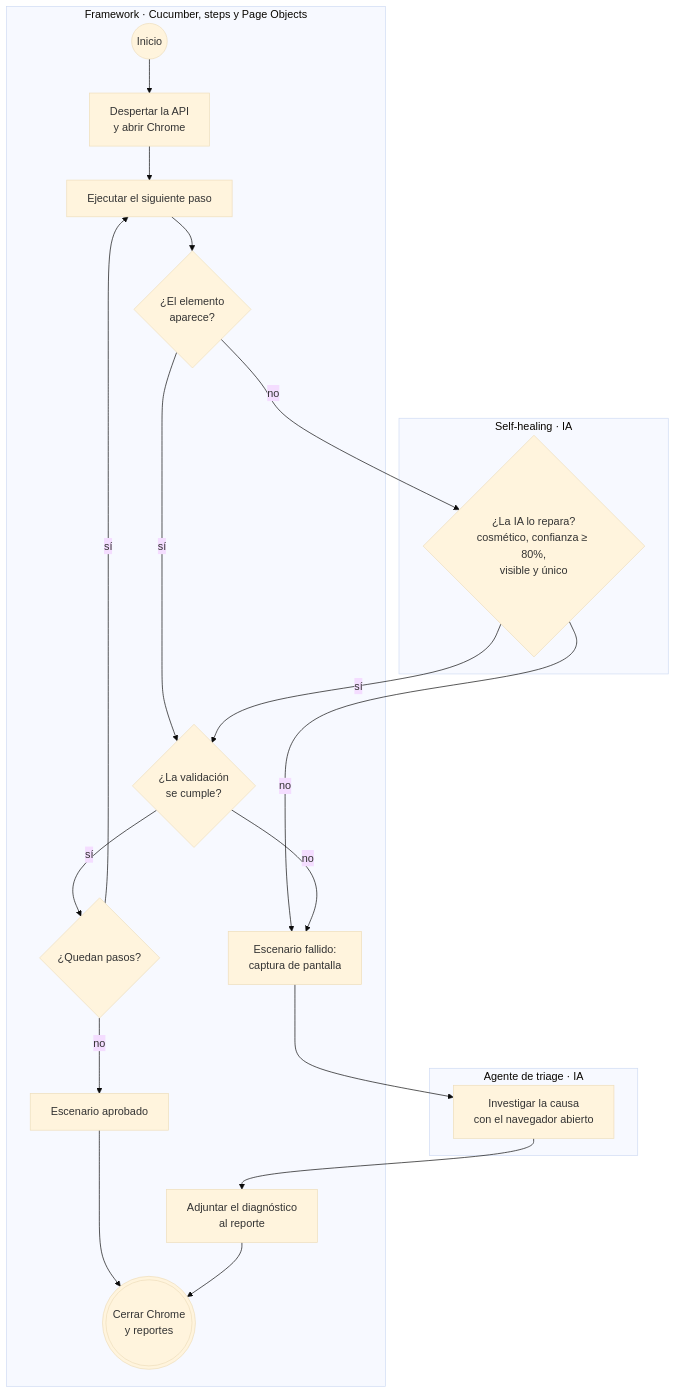
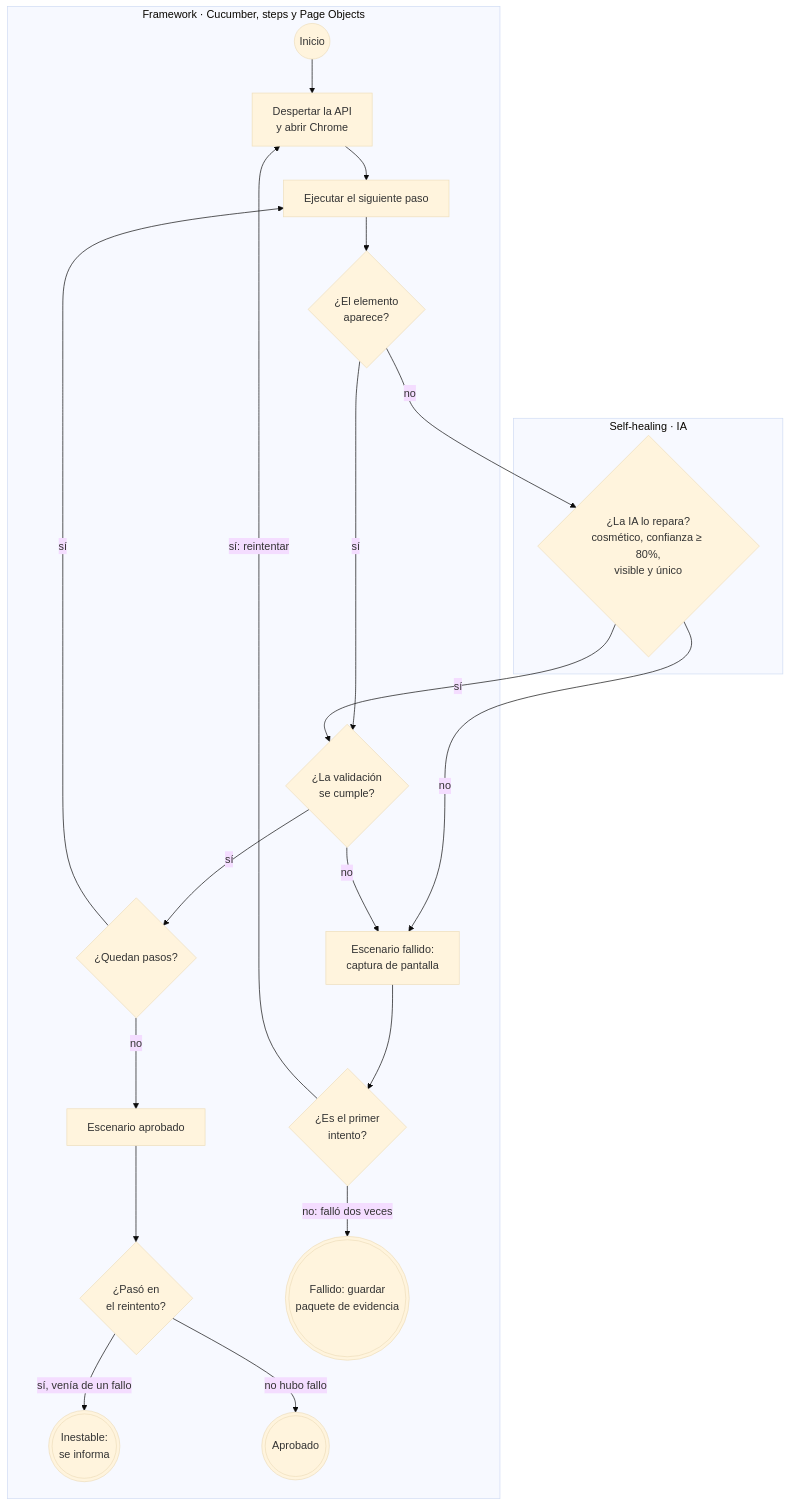
One commit to pgp-qa-automation-labs/poc-selenium-cucumber changed the first of 4 diagrams in README.md. Above: the diagram before and after it, drawn with Mermaid (base theme). The commit also changed other lines of this file and 32 other files, not shown here.

First line of the commit message:
Pipeline modular de triage: evidencia, reintento, agrupación con tope y captura en los issues

````diff
--- a/README.md
+++ b/README.md
@@ -40,30 +42,35 @@
 ```mermaid
 flowchart TD
     subgraph FW["Framework · Cucumber, steps y Page Objects"]
         INI((Inicio)) --> ANTES["Despertar la API<br/>y abrir Chrome"]
         ANTES --> PASO["Ejecutar el siguiente paso"]
         SEL{"¿El elemento<br/>aparece?"}
         VAL{"¿La validación<br/>se cumple?"}
         MAS{"¿Quedan pasos?"}
         OK["Escenario aprobado"]
         FALLA["Escenario fallido:<br/>captura de pantalla"]
-        ADJ["Adjuntar el diagnóstico<br/>al reporte"]
-        FIN(((Cerrar Chrome<br/>y reportes)))
+        REIN{"¿Es el primer<br/>intento?"}
+        PASA{"¿Pasó en<br/>el reintento?"}
+        INEST(((Inestable:<br/>se informa)))
+        EVI(((Fallido: guardar<br/>paquete de evidencia)))
+        FIN(((Aprobado)))
     end
     subgraph SH["Self-healing · IA"]
         REP{"¿La IA lo repara?<br/>cosmético, confianza ≥ 80%,<br/>visible y único"}
-    end
-    subgraph AG["Agente de triage · IA"]
-        INV["Investigar la causa<br/>con el navegador abierto"]
     end
     PASO --> SEL
     SEL -->|sí| VAL
     SEL -->|no| REP
     REP -->|sí| VAL
     REP -->|no| FALLA
     VAL -->|sí| MAS
     VAL -->|no| FALLA
     MAS -->|sí| PASO
-    MAS -->|no| OK --> FIN
-    FALLA --> INV --> ADJ --> FIN
+    MAS -->|no| OK
+    OK --> PASA
+    PASA -->|"sí, venía de un fallo"| INEST
+    PASA -->|"no hubo fallo"| FIN
+    FALLA --> REIN
+    REIN -->|"sí: reintentar"| ANTES
+    REIN -->|"no: falló dos veces"| EVI
 ```
````
